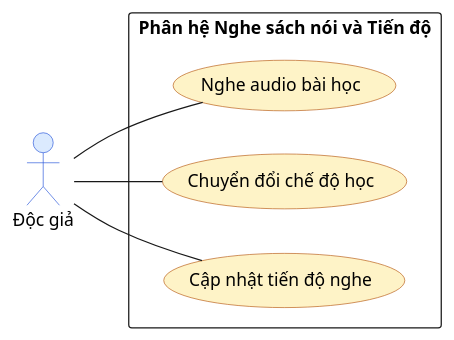
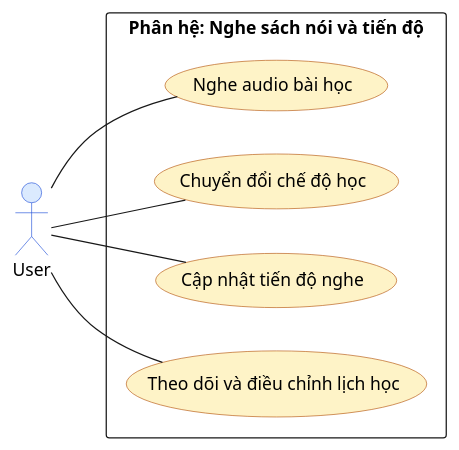
Before and after one commit to KhoaSinno/triam-backend: the diagram in _docs_capstone/_dia/UseCase/sub_UC/triam_usecase_listen_progress.puml, drawn with PlantUML. The commit also changed 8 other files, not shown here.

```diff
--- a/_docs_capstone/_dia/UseCase/sub_UC/triam_usecase_listen_progress.puml
+++ b/_docs_capstone/_dia/UseCase/sub_UC/triam_usecase_listen_progress.puml
@@ -1,30 +1,32 @@
 @startuml triam_usecase_listen_progress
 skinparam Shadowing false
 skinparam backgroundColor #FFFFFF
 skinparam defaultFontName Arial
 ' skinparam roundcorner 14
 ' skinparam linetype ortho
 
 skinparam actor {
   BackgroundColor #DBEAFE
   BorderColor #1D4ED8
 }
 skinparam usecase {
   BackgroundColor #FEF3C7
   BorderColor #B45309
 }
 
 left to right direction
 
-actor "Độc giả" as Reader
+actor "User" as Reader
 
-rectangle "Phân hệ Nghe sách nói và Tiến độ" {
+rectangle "Phân hệ: Nghe sách nói và tiến độ" {
   (Nghe audio bài học) as UC_Listen
   (Chuyển đổi chế độ học) as UC_SwitchMode
   (Cập nhật tiến độ nghe) as UC_Progress
+  (Theo dõi và điều chỉnh lịch học) as UC_TrackSchedule
 }
 
 Reader -- UC_Listen
 Reader -- UC_SwitchMode
 Reader -- UC_Progress
+Reader -- UC_TrackSchedule
 @enduml
```
